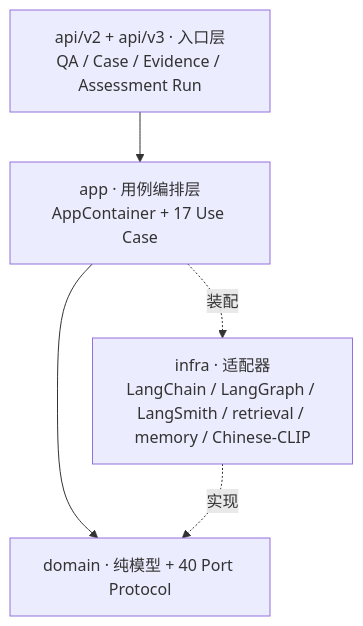
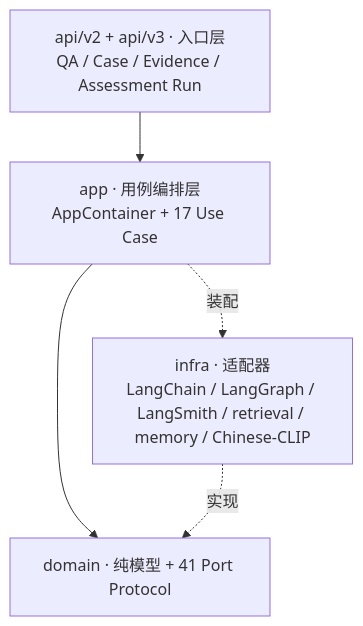
One commit to Melodymll01/riskpilot-cross-border-data-agent changed the first of 2 diagrams in README.md. Above: the diagram before and after it, drawn with Mermaid. The commit also changed other lines of this file and 158 other files, not shown here.

````diff
--- a/README.md
+++ b/README.md
@@ -75,11 +75,11 @@
 ```mermaid
 flowchart TB
     API[api/v2 + api/v3 · 入口层<br/>QA / Case / Evidence / Assessment Run]
     APP[app · 用例编排层<br/>AppContainer + 17 Use Case]
-    DOMAIN[domain · 纯模型 + 40 Port Protocol]
+    DOMAIN[domain · 纯模型 + 41 Port Protocol]
     INFRA[infra · 适配器<br/>LangChain / LangGraph / LangSmith / retrieval / memory / Chinese-CLIP]
 
     API --> APP --> DOMAIN
     INFRA -.实现.-> DOMAIN
     APP -.装配.-> INFRA
 ```
````
